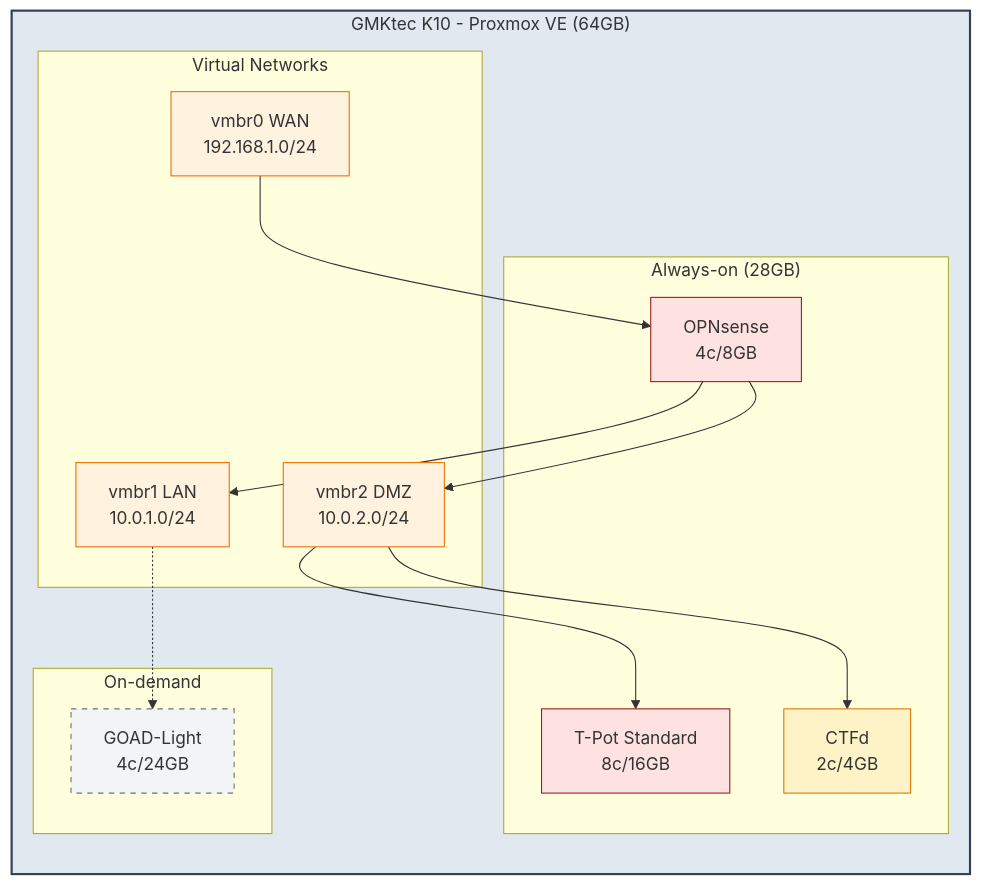
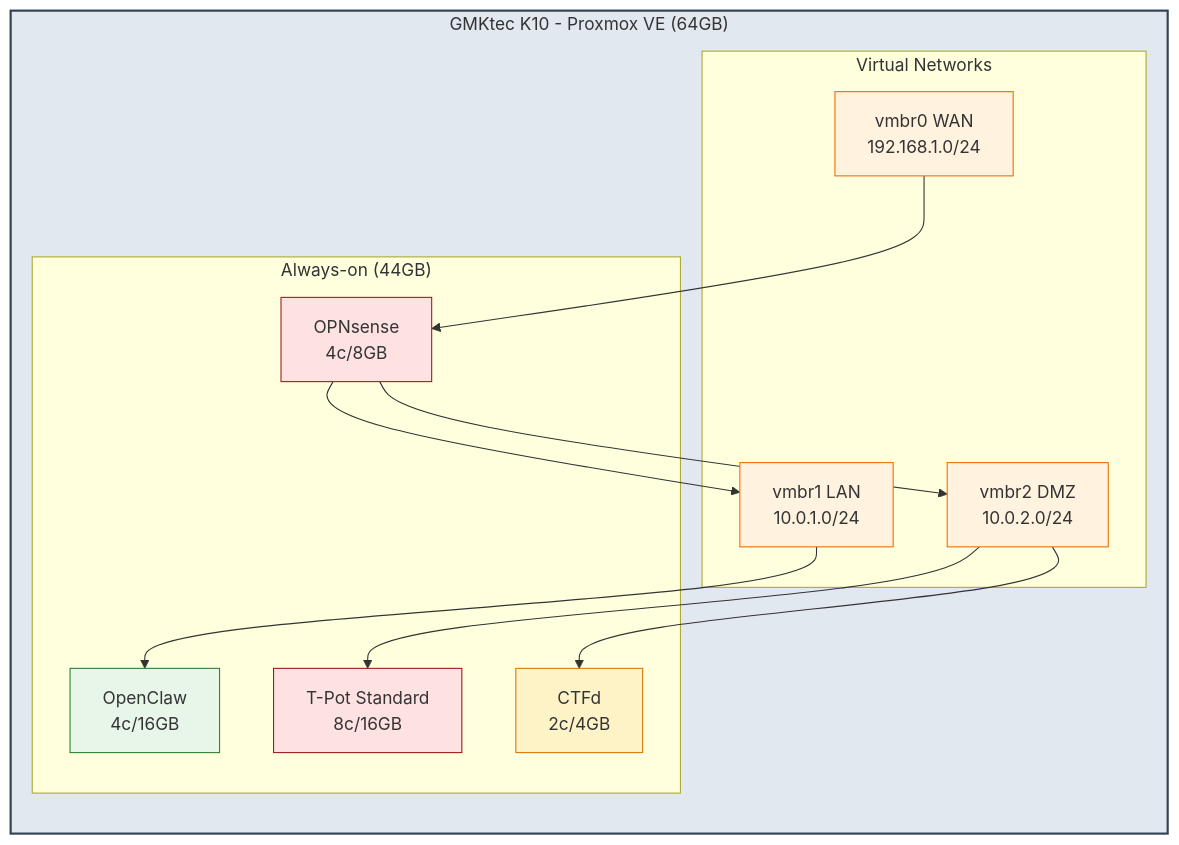
The diagram in README.md (yamisskey-dev/yamisskey-terraform), drawn with Mermaid before and after one commit. The commit also changed other lines of this file and 5 other files, not shown here.

First line of the commit message:
Add OpenClaw VM and replace GOAD-Light with autonomous AI agent

````diff
--- a/README.md
+++ b/README.md
@@ -35,35 +34,32 @@
 ```mermaid
 graph TB
     classDef host fill:#e2e8f0,stroke:#334155,stroke-width:2px
     classDef net fill:#fff3e0,stroke:#ef6c00
     classDef sec fill:#fee2e2,stroke:#991b1b
     classDef ctf fill:#fef3c7,stroke:#d97706
-    classDef ondemand fill:#f3f4f6,stroke:#6b7280,stroke-dasharray: 5 5
+    classDef agent fill:#e8f5e9,stroke:#2e7d32
 
     subgraph proxmox["GMKtec K10 - Proxmox VE (64GB)"]
         direction TB
 
         subgraph networks[Virtual Networks]
             vmbr0[vmbr0 WAN<br/>192.168.1.0/24]:::net
             vmbr1[vmbr1 LAN<br/>10.0.1.0/24]:::net
             vmbr2[vmbr2 DMZ<br/>10.0.2.0/24]:::net
         end
 
-        subgraph always["Always-on (28GB)"]
+        subgraph always["Always-on (44GB)"]
             opnsense[OPNsense<br/>4c/8GB]:::sec
             tpot[T-Pot Standard<br/>8c/16GB]:::sec
             ctfd[CTFd<br/>2c/4GB]:::ctf
-        end
-
-        subgraph ondemand["On-demand"]
-            goad[GOAD-Light<br/>4c/24GB]:::ondemand
+            openclaw[OpenClaw<br/>4c/16GB]:::agent
         end
     end
 
     vmbr0 --> opnsense
     opnsense --> vmbr1 & vmbr2
-    vmbr1 -.-> goad
+    vmbr1 --> openclaw
     vmbr2 --> tpot & ctfd
 
     class proxmox host
 ```
````
